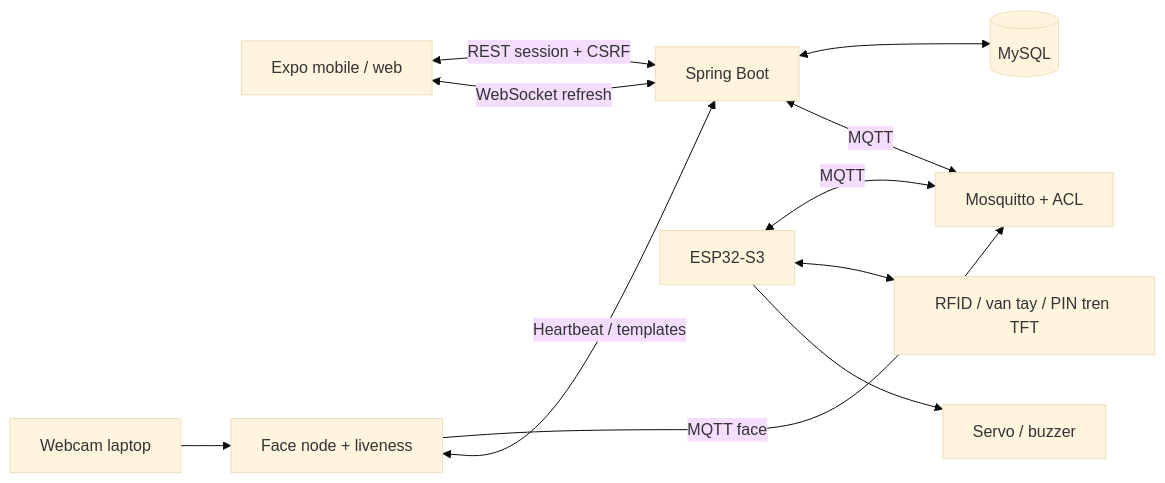
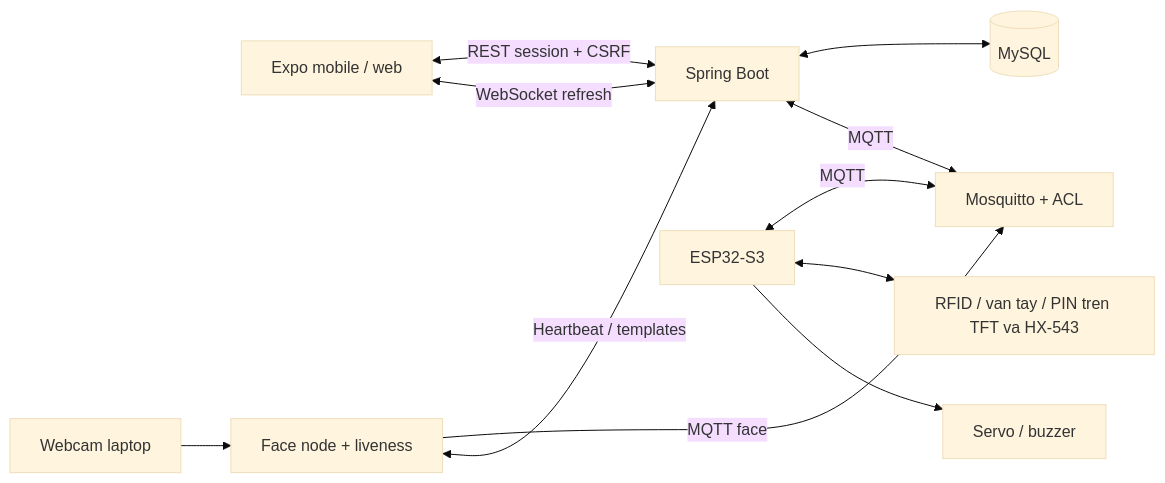
Before and after one commit to doanhopnguyen/IOT: the diagram in docs/TONG_QUAN_KY_THUAT.md, drawn with Mermaid (base theme). The commit also changed other lines of this file and 28 other files, not shown here.

````diff
--- a/docs/TONG_QUAN_KY_THUAT.md
+++ b/docs/TONG_QUAN_KY_THUAT.md
@@ -19,13 +19,13 @@
 ```mermaid
 flowchart LR
     APP[Expo mobile / web] <-->|REST session + CSRF| BE[Spring Boot]
     BE <-->|WebSocket refresh| APP
     BE <--> DB[(MySQL)]
     BE <-->|MQTT| BROKER[Mosquitto + ACL]
     ESP[ESP32-S3] <-->|MQTT| BROKER
-    ESP <--> INPUT[RFID / van tay / PIN tren TFT]
+    ESP <--> INPUT[RFID / van tay / PIN tren TFT va HX-543]
     ESP --> OUTPUT[Servo / buzzer]
     CAMERA[Webcam laptop] --> AI[Face node + liveness]
     AI -->|MQTT face| BROKER
     AI <-->|Heartbeat / templates| BE
 ```
````
